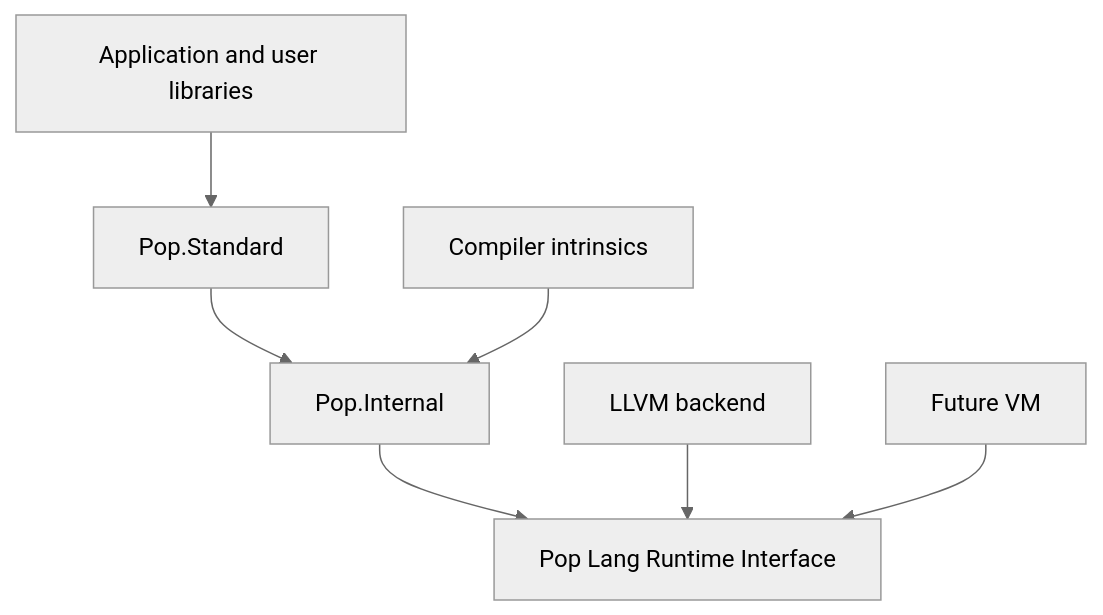
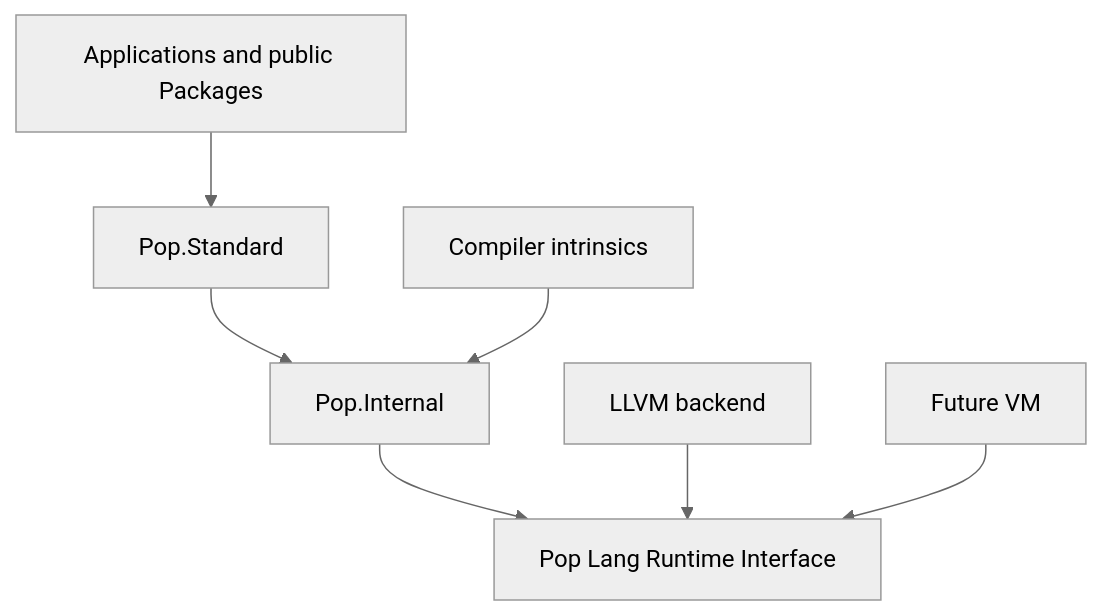
Before and after one commit to kleeedolinux/pop: the diagram in architecture/16-base-libraries.md, drawn with Mermaid (neutral theme). The commit also changed other lines of this file and 71 other files, not shown here.

Commit message:
architecture: bootstrap official extension packages

````diff
--- a/architecture/16-base-libraries.md
+++ b/architecture/16-base-libraries.md
@@ -16,9 +12,9 @@
 ```mermaid
 flowchart TD
-    App[Application and user libraries] --> Standard[Pop.Standard]
+    App[Applications and public Packages] --> Standard[Pop.Standard]
     Standard --> Internal[Pop.Internal]
     Internal --> PLRI[Pop Lang Runtime Interface]
     Compiler[Compiler intrinsics] --> Internal
     LLVM[LLVM backend] --> PLRI
     VM[Future VM] --> PLRI
 ```
````
